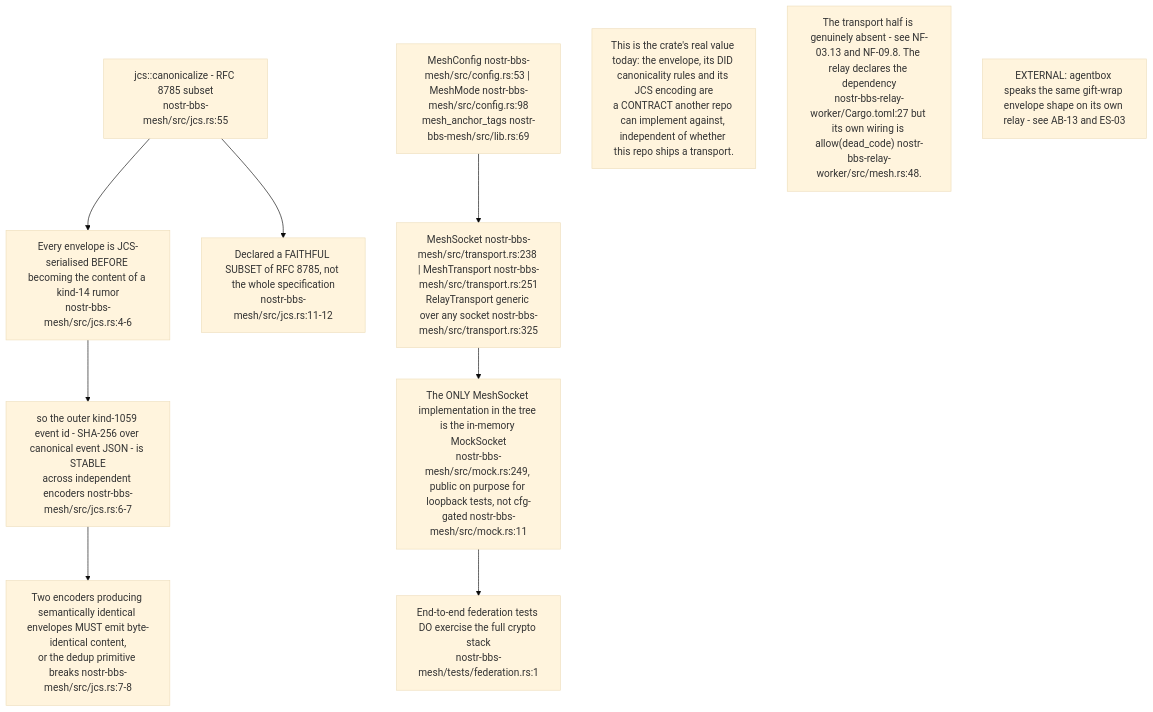
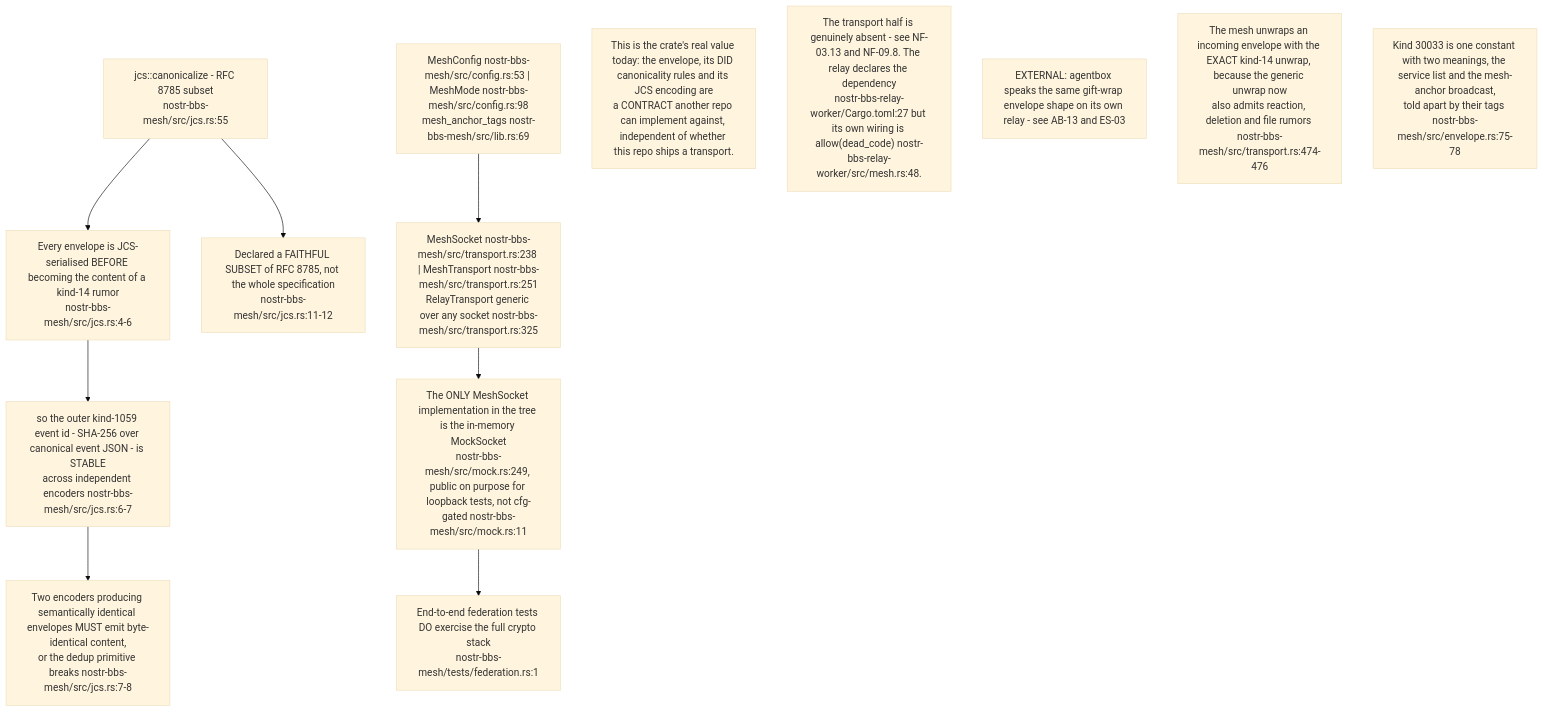
The eighth of 10 diagrams in docs/diagrams/nostr-rust-forum/12-core-wire-crypto-and-federation-envelope.md (DreamLab-AI/VisionFlow), drawn with Mermaid (base theme) before and after one commit. The commit also changed other lines of this file, not shown here.

First line of the commit message:
docs(diagrams): NF-12 re-verified at nostr-rust-forum af4f0d5

````diff
--- a/docs/diagrams/nostr-rust-forum/12-core-wire-crypto-and-federation-envelope.md
+++ b/docs/diagrams/nostr-rust-forum/12-core-wire-crypto-and-federation-envelope.md
@@ -295,21 +302,23 @@
 ```mermaid
 flowchart TB
     JCS["jcs::canonicalize - RFC 8785 subset<br/>nostr-bbs-mesh/src/jcs.rs:55"]
     WHY["Every envelope is JCS-serialised BEFORE becoming the content of a kind-14 rumor<br/>nostr-bbs-mesh/src/jcs.rs:4-6"]
     ID["so the outer kind-1059 event id - SHA-256 over canonical event JSON - is STABLE<br/>across independent encoders nostr-bbs-mesh/src/jcs.rs:6-7"]
     DEDUP["Two encoders producing semantically identical envelopes MUST emit byte-identical content,<br/>or the dedup primitive breaks nostr-bbs-mesh/src/jcs.rs:7-8"]
     HONEST["Declared a FAITHFUL SUBSET of RFC 8785, not the whole specification<br/>nostr-bbs-mesh/src/jcs.rs:11-12"]
     TRANS["MeshSocket nostr-bbs-mesh/src/transport.rs:238 | MeshTransport nostr-bbs-mesh/src/transport.rs:251<br/>RelayTransport generic over any socket nostr-bbs-mesh/src/transport.rs:325"]
     ONLY["The ONLY MeshSocket implementation in the tree is the in-memory MockSocket<br/>nostr-bbs-mesh/src/mock.rs:249, public on purpose for loopback tests, not cfg-gated nostr-bbs-mesh/src/mock.rs:11"]
     TEST["End-to-end federation tests DO exercise the full crypto stack<br/>nostr-bbs-mesh/tests/federation.rs:1"]
     CFG["MeshConfig nostr-bbs-mesh/src/config.rs:53 | MeshMode nostr-bbs-mesh/src/config.rs:98<br/>mesh_anchor_tags nostr-bbs-mesh/src/lib.rs:69"]
 
     JCS --> WHY --> ID --> DEDUP
     JCS --> HONEST
     TRANS --> ONLY --> TEST
     CFG --> TRANS
 
     N1["This is the crate's real value today: the envelope, its DID canonicality rules and its JCS encoding are<br/>a CONTRACT another repo can implement against, independent of whether this repo ships a transport."]
     N2["The transport half is genuinely absent - see NF-03.13 and NF-09.8. The relay declares the dependency<br/>nostr-bbs-relay-worker/Cargo.toml:27 but its own wiring is allow(dead_code) nostr-bbs-relay-worker/src/mesh.rs:48."]
     N3["EXTERNAL: agentbox speaks the same gift-wrap envelope shape on its own relay - see AB-13 and ES-03"]
+    N4["The mesh unwraps an incoming envelope with the EXACT kind-14 unwrap, because the generic unwrap now<br/>also admits reaction, deletion and file rumors nostr-bbs-mesh/src/transport.rs:474-476"]
+    N5["Kind 30033 is one constant with two meanings, the service list and the mesh-anchor broadcast,<br/>told apart by their tags nostr-bbs-mesh/src/envelope.rs:75-78"]
 ```
````
